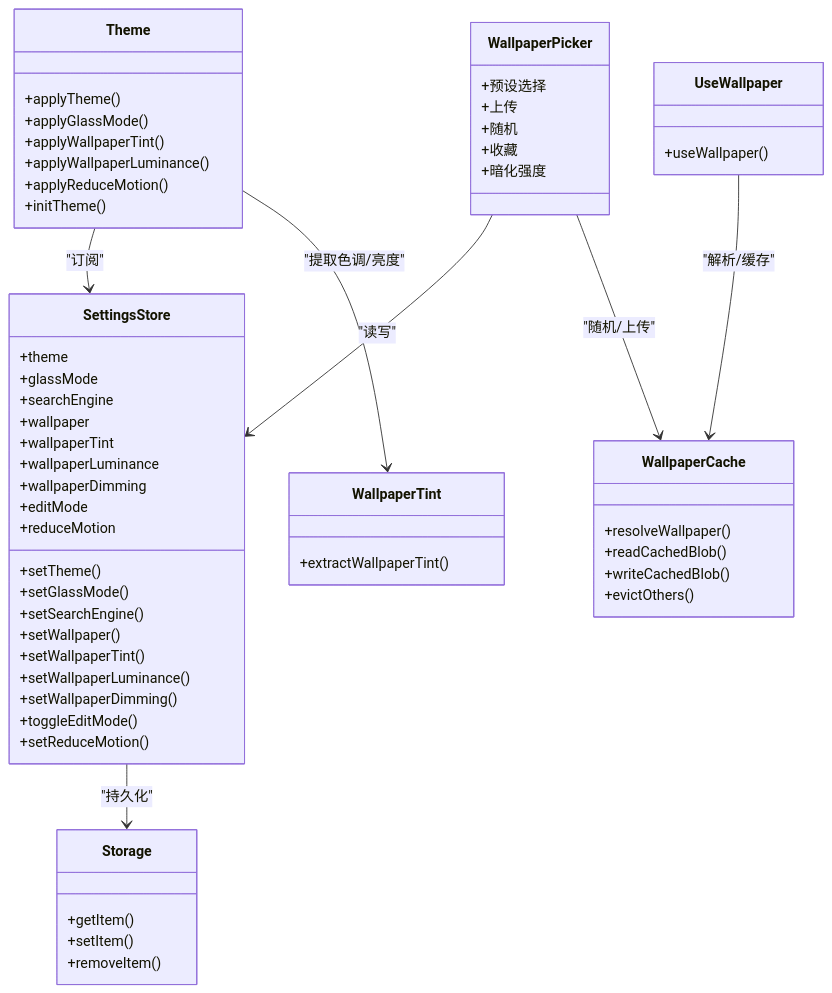
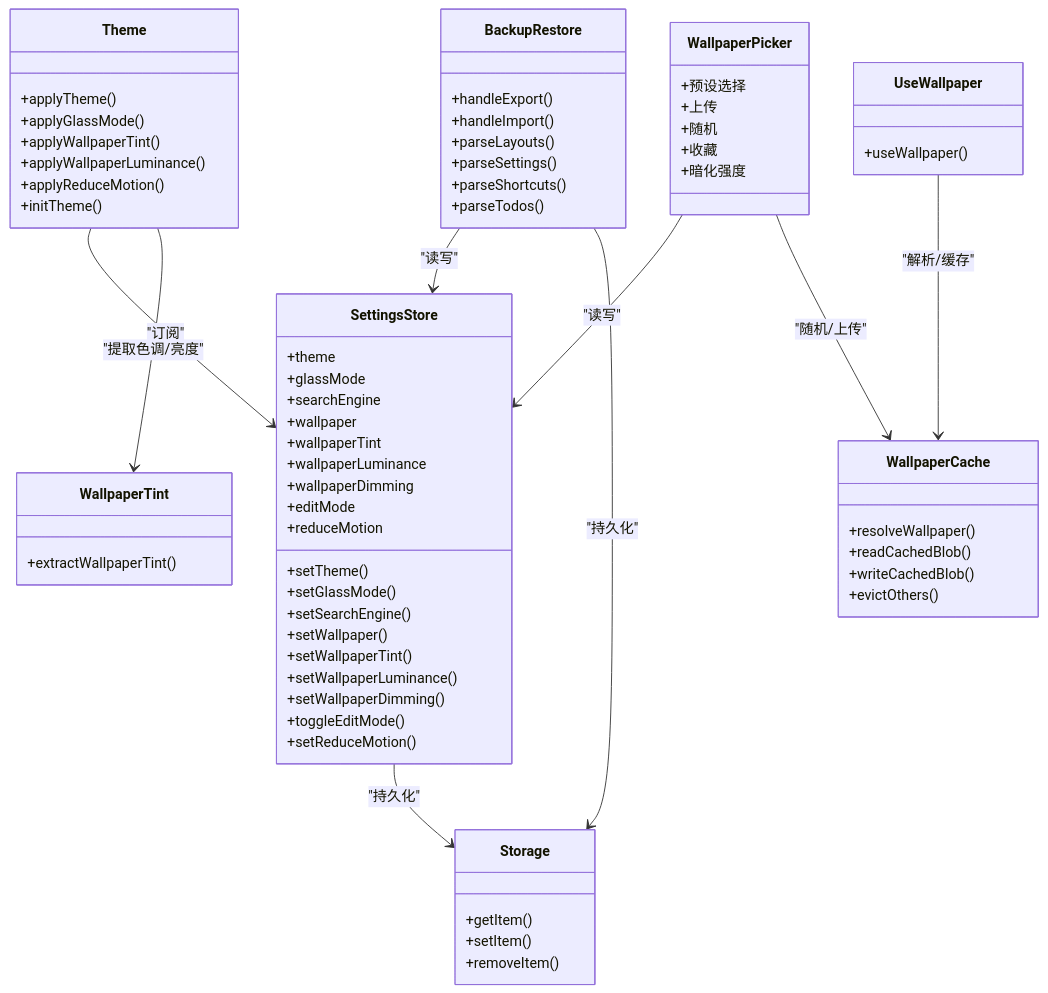
The third of 4 diagrams in .qoder/repowiki/zh/content/状态管理系统/设置状态管理.md (Zy0913/xtab), drawn with Mermaid before and after one commit. The commit also changed other lines of this file and 15 other files, not shown here.

````diff
--- a/.qoder/repowiki/zh/content/状态管理系统/设置状态管理.md
+++ b/.qoder/repowiki/zh/content/状态管理系统/设置状态管理.md
@@ -301,61 +355,71 @@
 ```mermaid
 classDiagram
 class SettingsStore {
 +theme
 +glassMode
 +searchEngine
 +wallpaper
 +wallpaperTint
 +wallpaperLuminance
 +wallpaperDimming
 +editMode
 +reduceMotion
 +setTheme()
 +setGlassMode()
 +setSearchEngine()
 +setWallpaper()
 +setWallpaperTint()
 +setWallpaperLuminance()
 +setWallpaperDimming()
 +toggleEditMode()
 +setReduceMotion()
 }
 class Storage {
 +getItem()
 +setItem()
 +removeItem()
+}
+class BackupRestore {
++handleExport()
++handleImport()
++parseLayouts()
++parseSettings()
++parseShortcuts()
++parseTodos()
 }
 class Theme {
 +applyTheme()
 +applyGlassMode()
 +applyWallpaperTint()
 +applyWallpaperLuminance()
 +applyReduceMotion()
 +initTheme()
 }
 class WallpaperPicker {
 +预设选择
 +上传
 +随机
 +收藏
 +暗化强度
 }
 class WallpaperTint {
 +extractWallpaperTint()
 }
 class UseWallpaper {
 +useWallpaper()
 }
 class WallpaperCache {
 +resolveWallpaper()
 +readCachedBlob()
 +writeCachedBlob()
 +evictOthers()
 }
 SettingsStore --> Storage : "持久化"
+BackupRestore --> SettingsStore : "读写"
+BackupRestore --> Storage : "持久化"
 Theme --> SettingsStore : "订阅"
 WallpaperPicker --> SettingsStore : "读写"
 Theme --> WallpaperTint : "提取色调/亮度"
 UseWallpaper --> WallpaperCache : "解析/缓存"
 WallpaperPicker --> WallpaperCache : "随机/上传"
 ```
````
